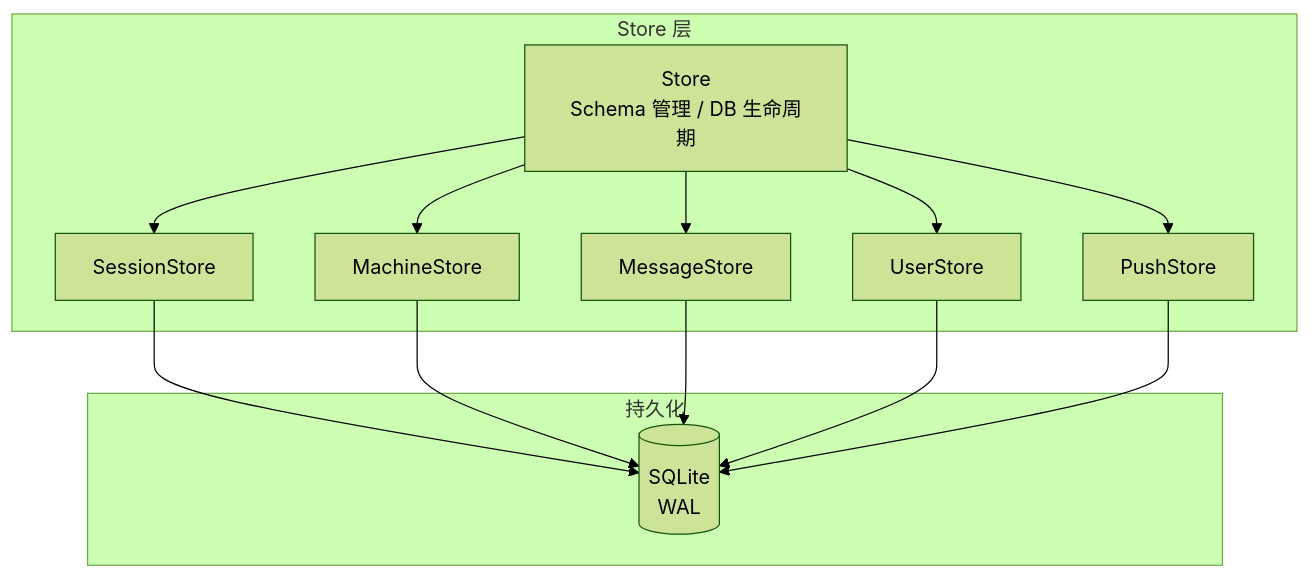
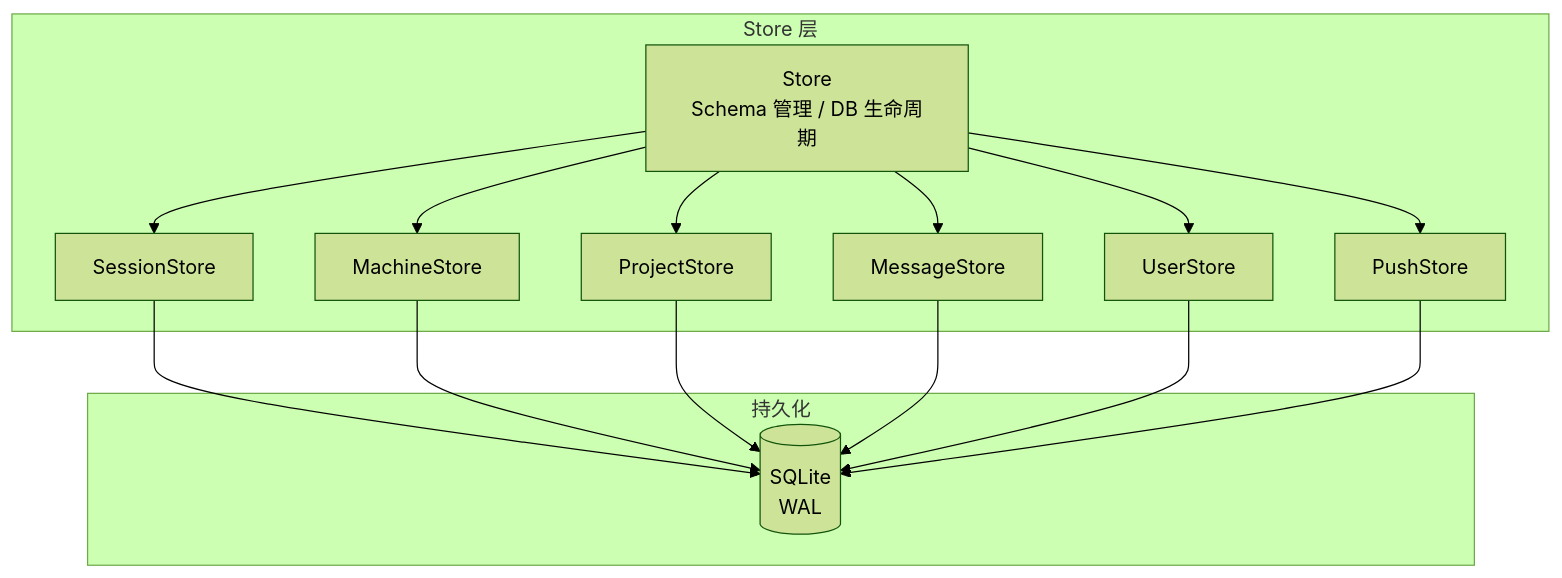
One commit to ModuBit/mobi changed the diagram in docs/architecture/hub/store/README.md. Above: the diagram before and after it, drawn with Mermaid (forest theme). The commit also changed other lines of this file and 17 other files, not shown here.

````diff
--- a/docs/architecture/hub/store/README.md
+++ b/docs/architecture/hub/store/README.md
@@ -9,27 +9,30 @@
 ```mermaid
 graph TB
     subgraph Store 层
         Store[Store<br/>Schema 管理 / DB 生命周期]
         SessionStore[SessionStore]
         MachineStore[MachineStore]
+        ProjectStore[ProjectStore]
         MessageStore[MessageStore]
         UserStore[UserStore]
         PushStore[PushStore]
     end
 
     subgraph 持久化
         SQLite[(SQLite<br/>WAL)]
     end
 
     Store --> SessionStore
     Store --> MachineStore
+    Store --> ProjectStore
     Store --> MessageStore
     Store --> UserStore
     Store --> PushStore
 
     SessionStore --> SQLite
     MachineStore --> SQLite
+    ProjectStore --> SQLite
     MessageStore --> SQLite
     UserStore --> SQLite
     PushStore --> SQLite
 ```
````
